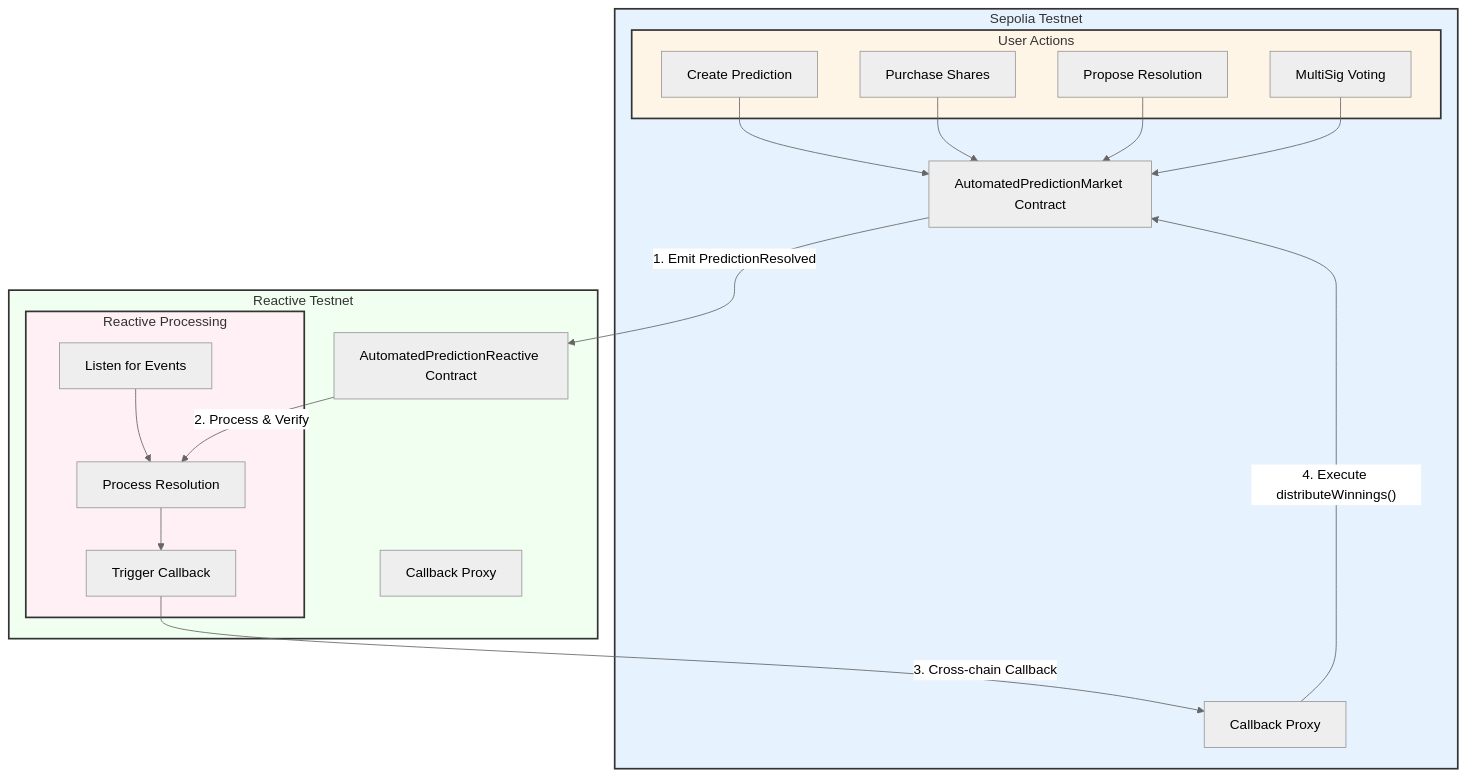
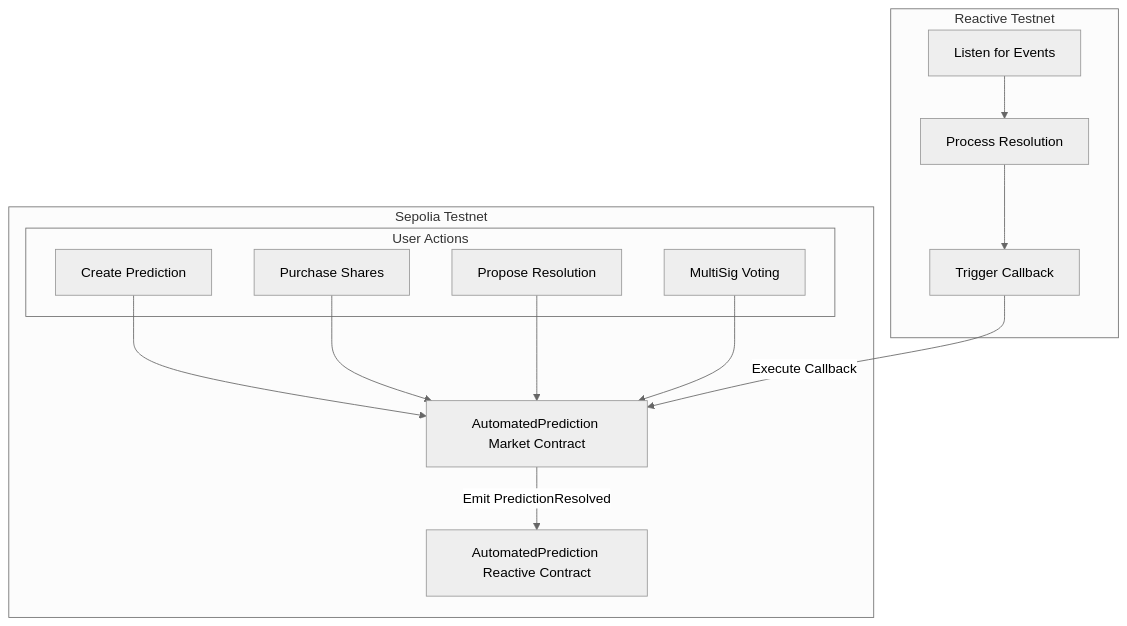
Before and after one commit to Reactive-Network/reactive-smart-contract-demos: the diagram in src/demos/automated-prediction-market/README.md, drawn with Mermaid (neutral theme).

Commit message:
Update README.md of Reactive-smart-contract-demos architecture diagram

````diff
--- a/src/demos/automated-prediction-market/README.md
+++ b/src/demos/automated-prediction-market/README.md
@@ -25,44 +25,34 @@
 ```mermaid
+
 graph TB
     subgraph Sepolia["Sepolia Testnet"]
-        PM[AutomatedPredictionMarket Contract]
-        CP1[Callback Proxy]
+        PM[AutomatedPrediction Market Contract]
         
         subgraph Users["User Actions"]
             U1[Create Prediction]
             U2[Purchase Shares]
             U3[Propose Resolution]
             U4[MultiSig Voting]
         end
         
         U1 --> PM
         U2 --> PM
         U3 --> PM
         U4 --> PM
+        
+        PM -- "Emit PredictionResolved" --> RC
     end
     
     subgraph Reactive["Reactive Testnet"]
-        RC[AutomatedPredictionReactive Contract]
-        CP2[Callback Proxy]
+        RC[AutomatedPrediction Reactive Contract]
         
-        subgraph Reactive_Flow["Reactive Processing"]
-            R1[Listen for Events]
-            R2[Process Resolution]
-            R3[Trigger Callback]
-        end
+        R1[Listen for Events]
+        R2[Process Resolution]
+        R3[Trigger Callback]
         
         R1 --> R2
         R2 --> R3
+        
+        R3 -- "Execute Callback" --> PM
     end
-    
-    PM -- "1. Emit PredictionResolved" --> RC
-    RC -- "2. Process & Verify" --> R2
-    R3 -- "3. Cross-chain Callback" --> CP1
-    CP1 -- "4. Execute distributeWinnings()" --> PM
-    
-    style Sepolia fill:#e6f3ff,stroke:#333,stroke-width:2px
-    style Reactive fill:#f0fff0,stroke:#333,stroke-width:2px
-    style Users fill:#fff5e6,stroke:#333,stroke-width:2px
-    style Reactive_Flow fill:#fff0f5,stroke:#333,stroke-width:2px
-
 ```
````
